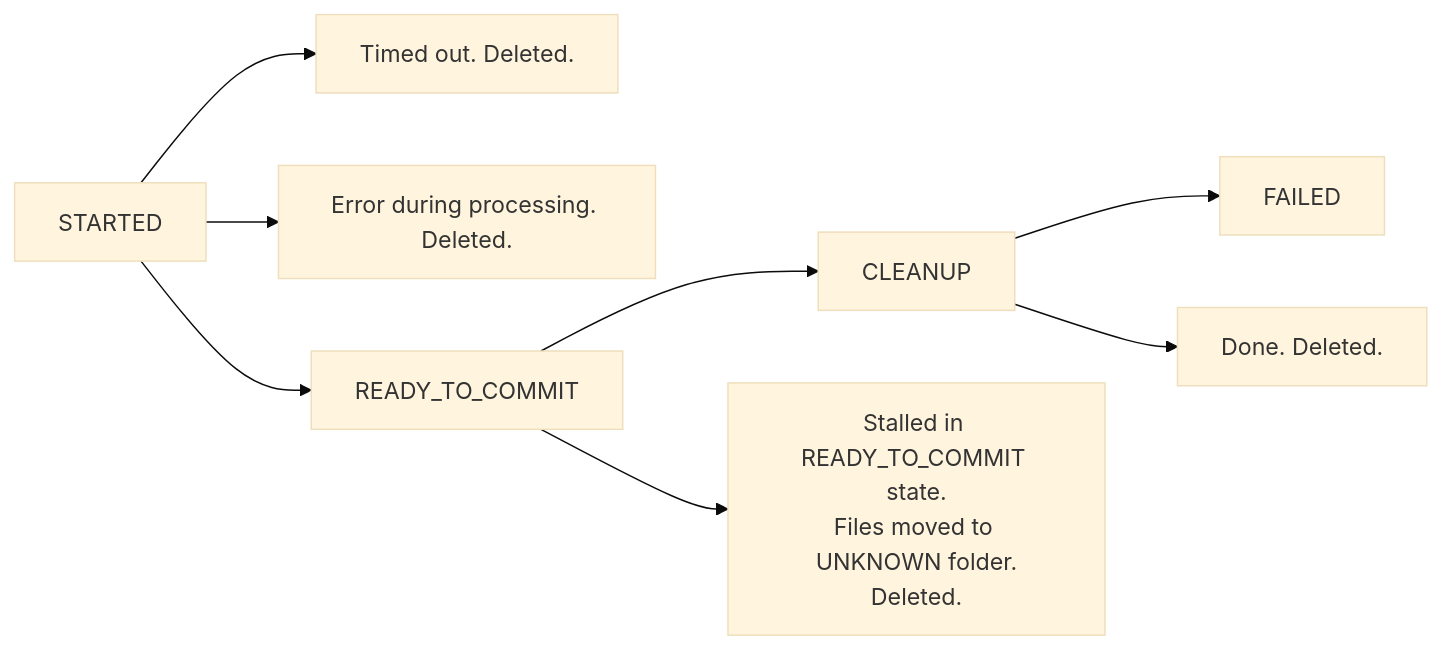
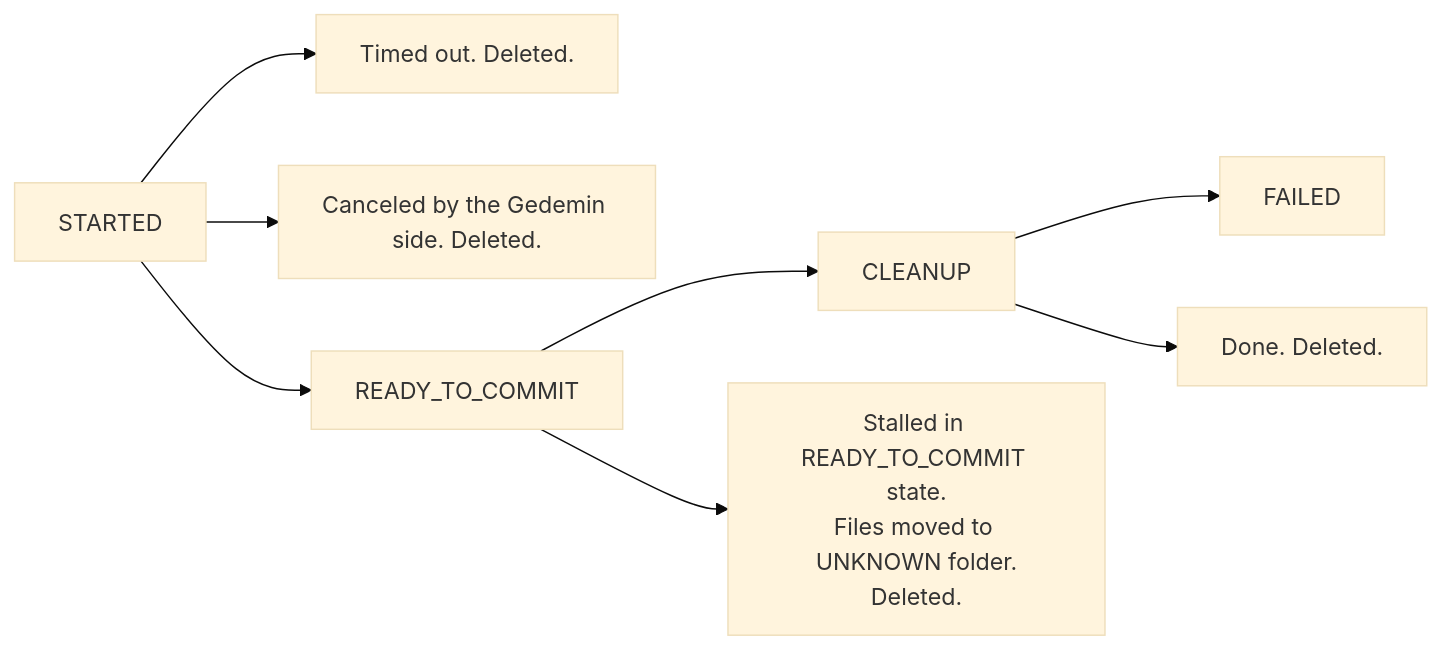
The third of 3 diagrams in docs/network-logic/robust-protocol.md (stasgm/gdmn-mob), drawn with Mermaid (base theme) before and after one commit. The commit also changed other lines of this file, not shown here.

````diff
--- a/docs/network-logic/robust-protocol.md
+++ b/docs/network-logic/robust-protocol.md
@@ -130,10 +150,10 @@
 ```mermaid
   flowchart LR;
     STARTED-->CANCELLED[Timed out. Deleted.];
-    STARTED-->ERROR[Error during processing. Deleted.];
+    STARTED-->ERROR[Canceled by the Gedemin side. Deleted.];
     STARTED-->READY_TO_COMMIT;
     READY_TO_COMMIT-->CLEANUP;
     READY_TO_COMMIT-->STALLED[Stalled in READY_TO_COMMIT state.\nFiles moved to UNKNOWN folder.\nDeleted.];
     CLEANUP-->FAILED;
     CLEANUP-->DONE[Done. Deleted.]
 ```
````
